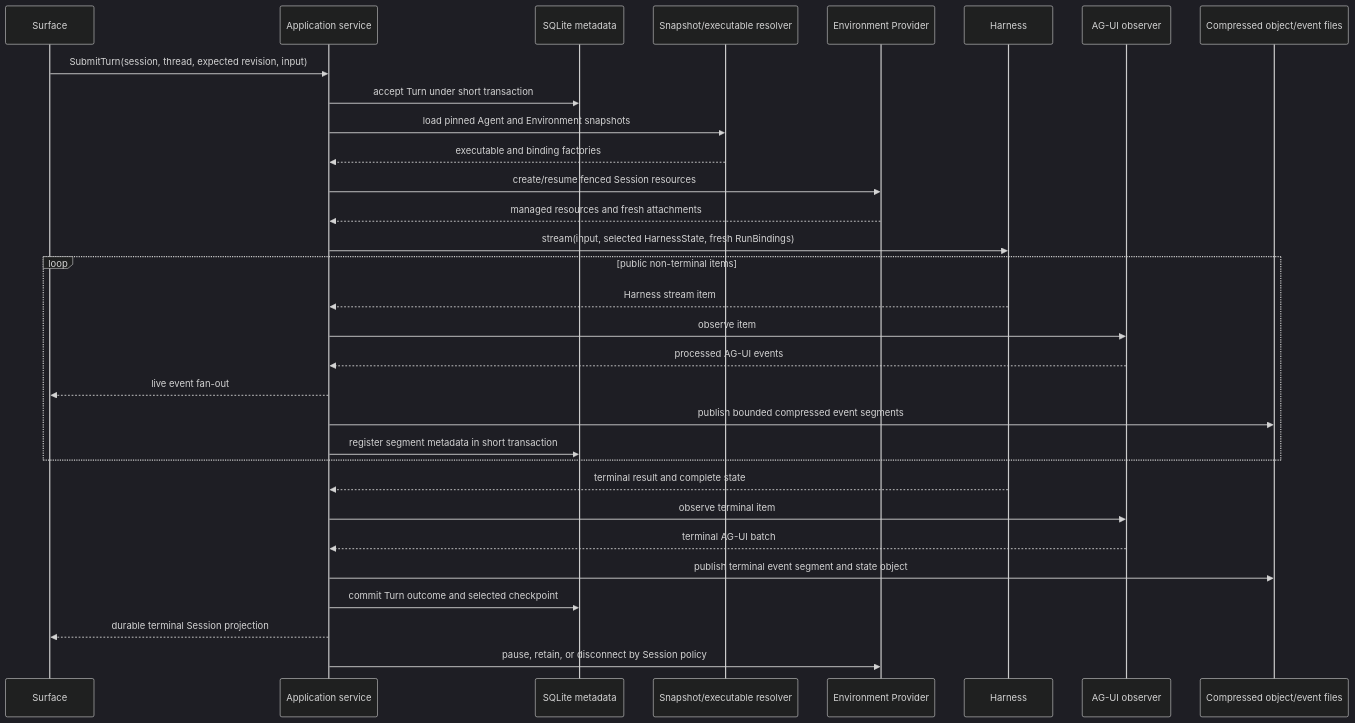
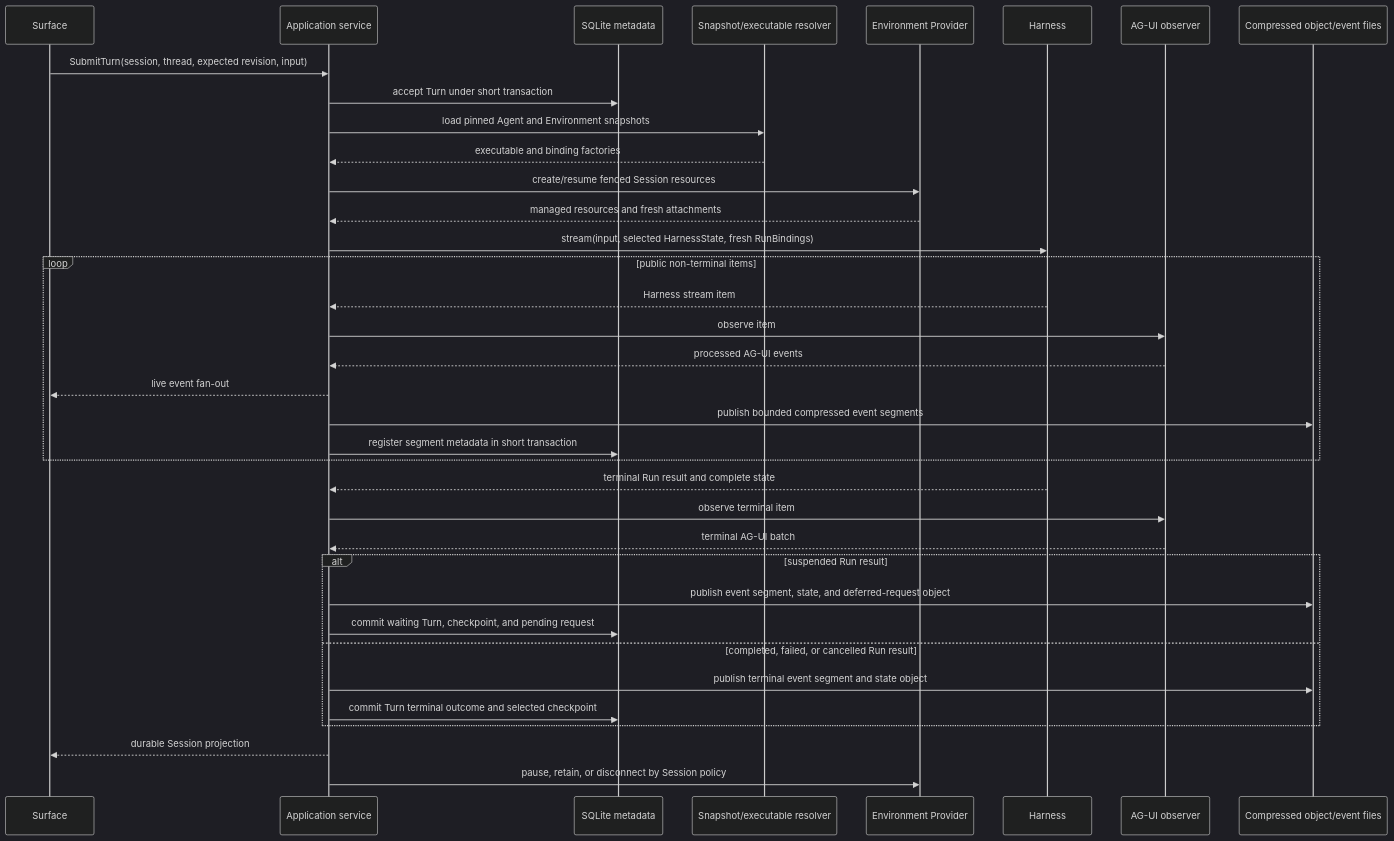
Before and after one commit to LTThreeComma/agent-foundation: the second of 5 diagrams in spec/agent-ui/05-runtime-subagents-and-surfaces.md, drawn with Mermaid (dark theme). The commit also changed other lines of this file and 21 other files, not shown here.

````diff
--- a/spec/agent-ui/05-runtime-subagents-and-surfaces.md
+++ b/spec/agent-ui/05-runtime-subagents-and-surfaces.md
@@ -106,34 +106,39 @@
 ```mermaid
 sequenceDiagram
     participant Surface
     participant App as Application service
     participant DB as SQLite metadata
     participant Resolver as Snapshot/executable resolver
     participant Provider as Environment Provider
     participant Harness
     participant Observer as AG-UI observer
     participant Files as Compressed object/event files
 
     Surface->>App: SubmitTurn(session, thread, expected revision, input)
     App->>DB: accept Turn under short transaction
     App->>Resolver: load pinned Agent and Environment snapshots
     Resolver-->>App: executable and binding factories
     App->>Provider: create/resume fenced Session resources
     Provider-->>App: managed resources and fresh attachments
     App->>Harness: stream(input, selected HarnessState, fresh RunBindings)
     loop public non-terminal items
         Harness-->>App: Harness stream item
         App->>Observer: observe item
         Observer-->>App: processed AG-UI events
         App-->>Surface: live event fan-out
         App->>Files: publish bounded compressed event segments
         App->>DB: register segment metadata in short transaction
     end
-    Harness-->>App: terminal result and complete state
+    Harness-->>App: terminal Run result and complete state
     App->>Observer: observe terminal item
     Observer-->>App: terminal AG-UI batch
-    App->>Files: publish terminal event segment and state object
-    App->>DB: commit Turn outcome and selected checkpoint
-    App-->>Surface: durable terminal Session projection
+    alt suspended Run result
+        App->>Files: publish event segment, state, and deferred-request object
+        App->>DB: commit waiting Turn, checkpoint, and pending request
+    else completed, failed, or cancelled Run result
+        App->>Files: publish terminal event segment and state object
+        App->>DB: commit Turn terminal outcome and selected checkpoint
+    end
+    App-->>Surface: durable Session projection
     App->>Provider: pause, retain, or disconnect by Session policy
 ```
````
